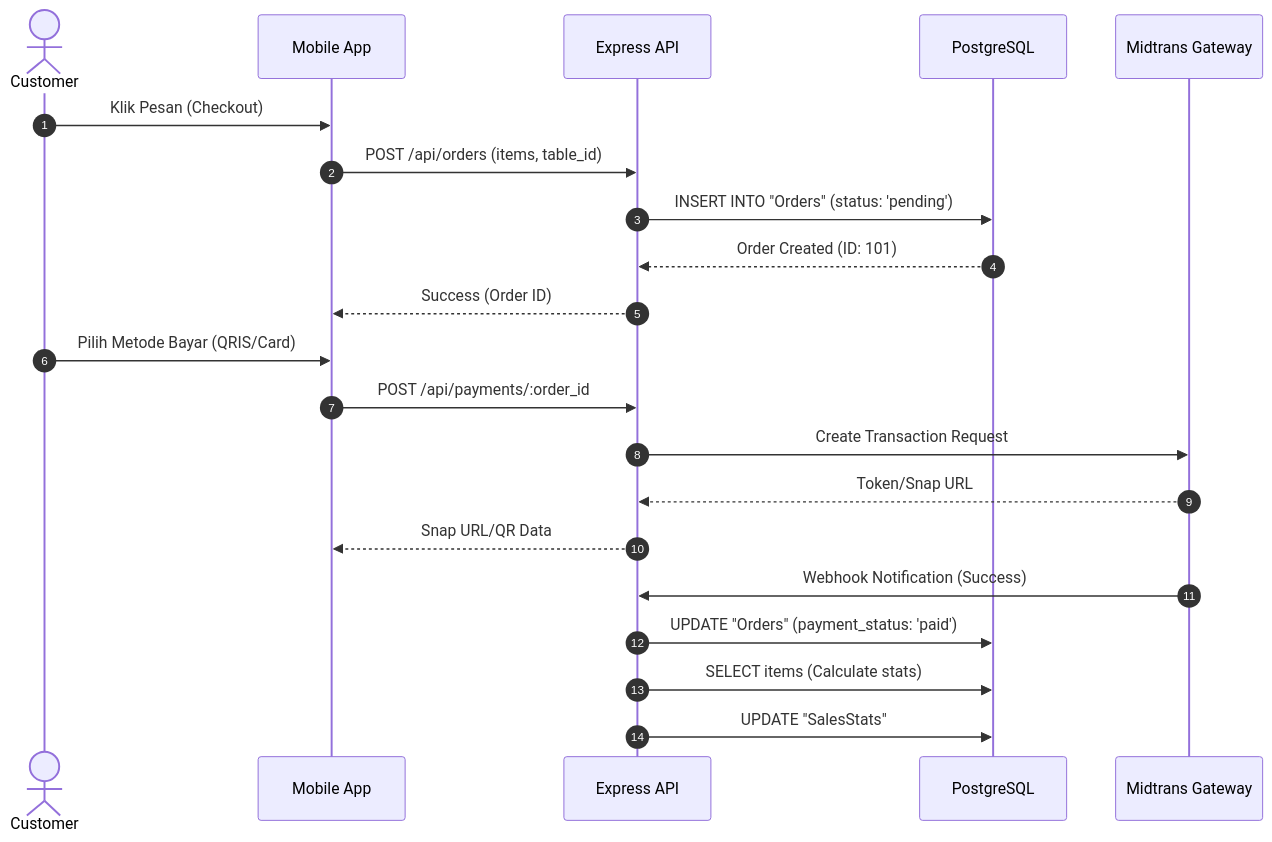
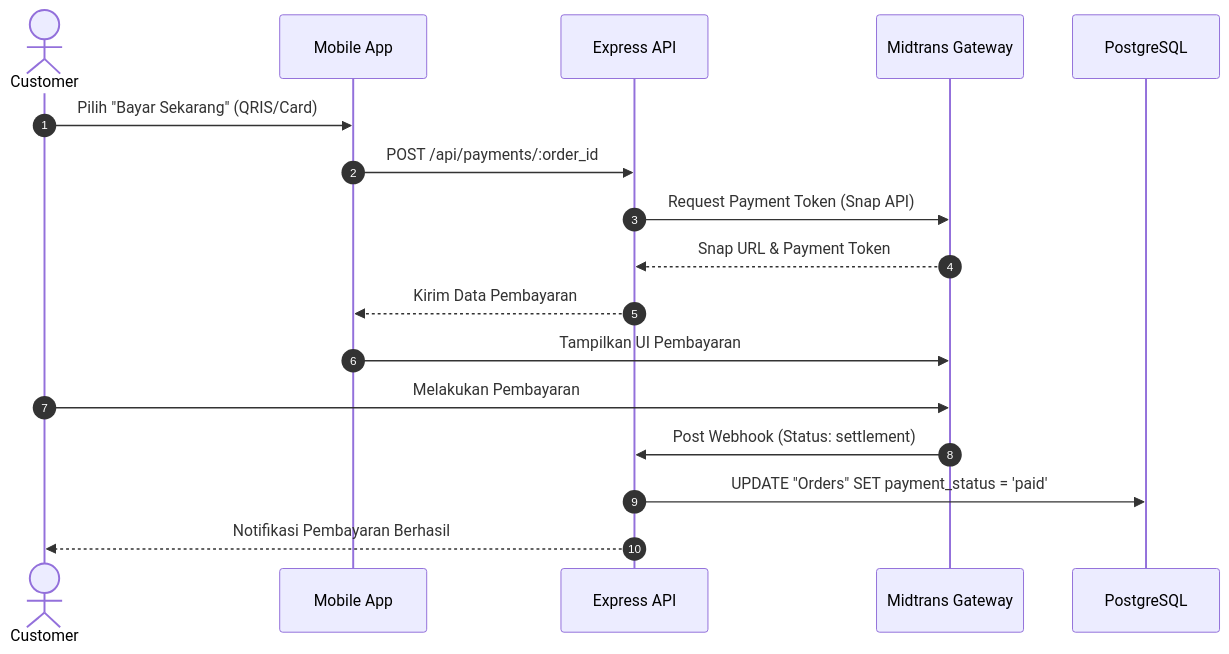
The ninth of 13 diagrams in README.md (ArgaFd/backend_restaurant), drawn with Mermaid before and after one commit. The commit also changed other lines of this file, not shown here.

Commit message:
Docs: Split sequence diagrams into 6 individual detailed diagrams

````diff
--- a/README.md
+++ b/README.md
@@ -229,26 +251,20 @@
 ```mermaid
 sequenceDiagram
     autonumber
     actor Customer
     participant Frontend as Mobile App
     participant Backend as Express API
+    participant Midtrans as Midtrans Gateway
     participant PG as PostgreSQL
-    participant Midtrans as Midtrans Gateway
 
-    Customer->>Frontend: Klik Pesan (Checkout)
-    Frontend->>Backend: POST /api/orders (items, table_id)
-    Backend->>PG: INSERT INTO "Orders" (status: 'pending')
-    PG-->>Backend: Order Created (ID: 101)
-    Backend-->>Frontend: Success (Order ID)
-    
-    Customer->>Frontend: Pilih Metode Bayar (QRIS/Card)
+    Customer->>Frontend: Pilih "Bayar Sekarang" (QRIS/Card)
     Frontend->>Backend: POST /api/payments/:order_id
-    Backend->>Midtrans: Create Transaction Request
-    Midtrans-->>Backend: Token/Snap URL
-    Backend-->>Frontend: Snap URL/QR Data
-    
-    Midtrans->>Backend: Webhook Notification (Success)
-    Backend->>PG: UPDATE "Orders" (payment_status: 'paid')
-    Backend->>PG: SELECT items (Calculate stats)
-    Backend->>PG: UPDATE "SalesStats"
+    Backend->>Midtrans: Request Payment Token (Snap API)
+    Midtrans-->>Backend: Snap URL & Payment Token
+    Backend-->>Frontend: Kirim Data Pembayaran
+    Frontend->>Midtrans: Tampilkan UI Pembayaran
+    Customer->>Midtrans: Melakukan Pembayaran
+    Midtrans->>Backend: Post Webhook (Status: settlement)
+    Backend->>PG: UPDATE "Orders" SET payment_status = 'paid'
+    Backend-->>Customer: Notifikasi Pembayaran Berhasil
 ```
````
